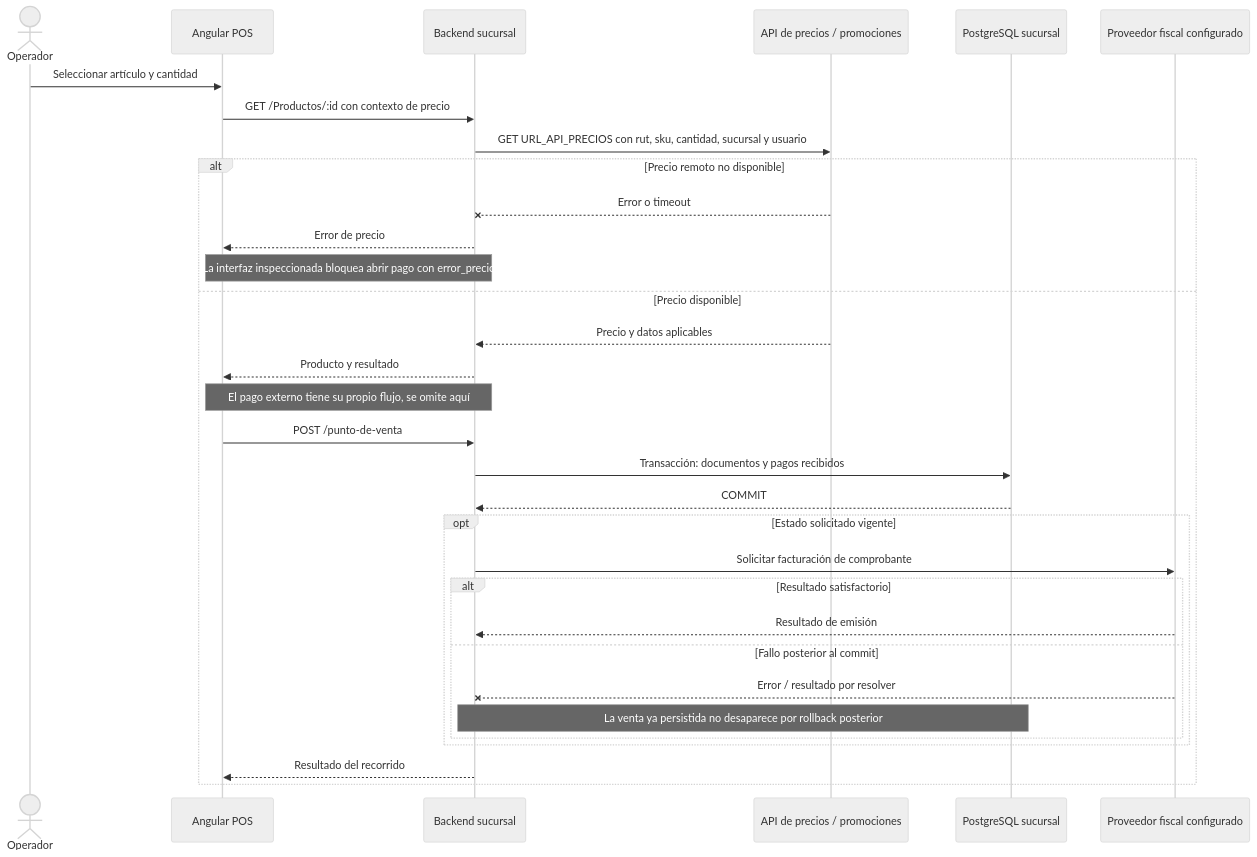
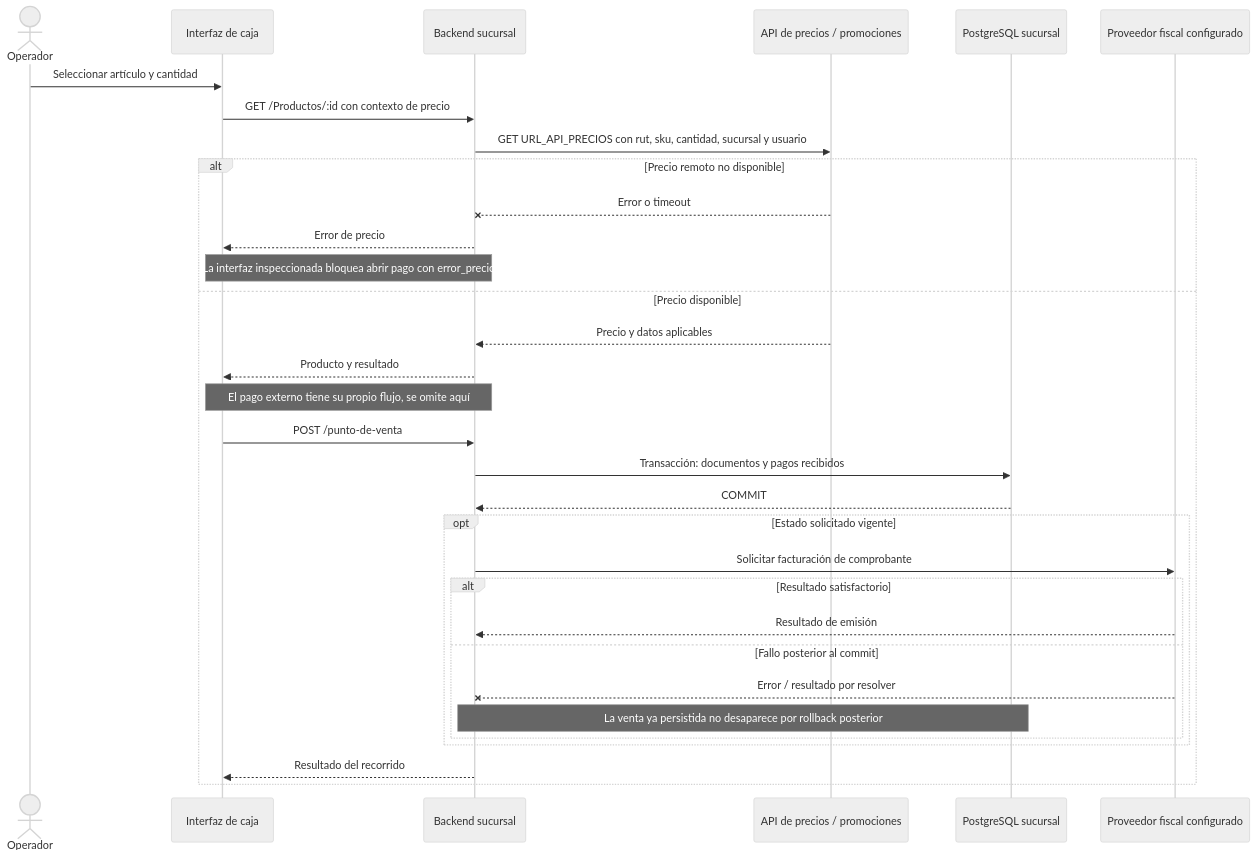
Before and after one commit to floxcristian/pos-architecture: the diagram in presentation/diagrams/technical-sale.mmd, drawn with Mermaid (neutral theme). The commit also changed 11 other files, not shown here.

```diff
--- a/presentation/diagrams/technical-sale.mmd
+++ b/presentation/diagrams/technical-sale.mmd
@@ -1,32 +1,32 @@
 sequenceDiagram
     actor Op as Operador
-    participant UI as Angular POS
+    participant UI as Interfaz de caja
     participant API as Backend sucursal
     participant Price as API de precios / promociones
     participant DB as PostgreSQL sucursal
     participant Fiscal as Proveedor fiscal configurado
     Op->>UI: Seleccionar artículo y cantidad
     UI->>API: GET /Productos/:id con contexto de precio
     API->>Price: GET URL_API_PRECIOS con rut, sku, cantidad, sucursal y usuario
     alt Precio remoto no disponible
         Price--xAPI: Error o timeout
         API-->>UI: Error de precio
         Note over UI,API: La interfaz inspeccionada bloquea abrir pago con error_precio
     else Precio disponible
         Price-->>API: Precio y datos aplicables
         API-->>UI: Producto y resultado
         Note over UI,API: El pago externo tiene su propio flujo, se omite aquí
         UI->>API: POST /punto-de-venta
         API->>DB: Transacción: documentos y pagos recibidos
         DB-->>API: COMMIT
         opt Estado solicitado vigente
             API->>Fiscal: Solicitar facturación de comprobante
             alt Resultado satisfactorio
                 Fiscal-->>API: Resultado de emisión
             else Fallo posterior al commit
                 Fiscal--xAPI: Error / resultado por resolver
                 Note over API,DB: La venta ya persistida no desaparece por rollback posterior
             end
         end
         API-->>UI: Resultado del recorrido
     end
```
